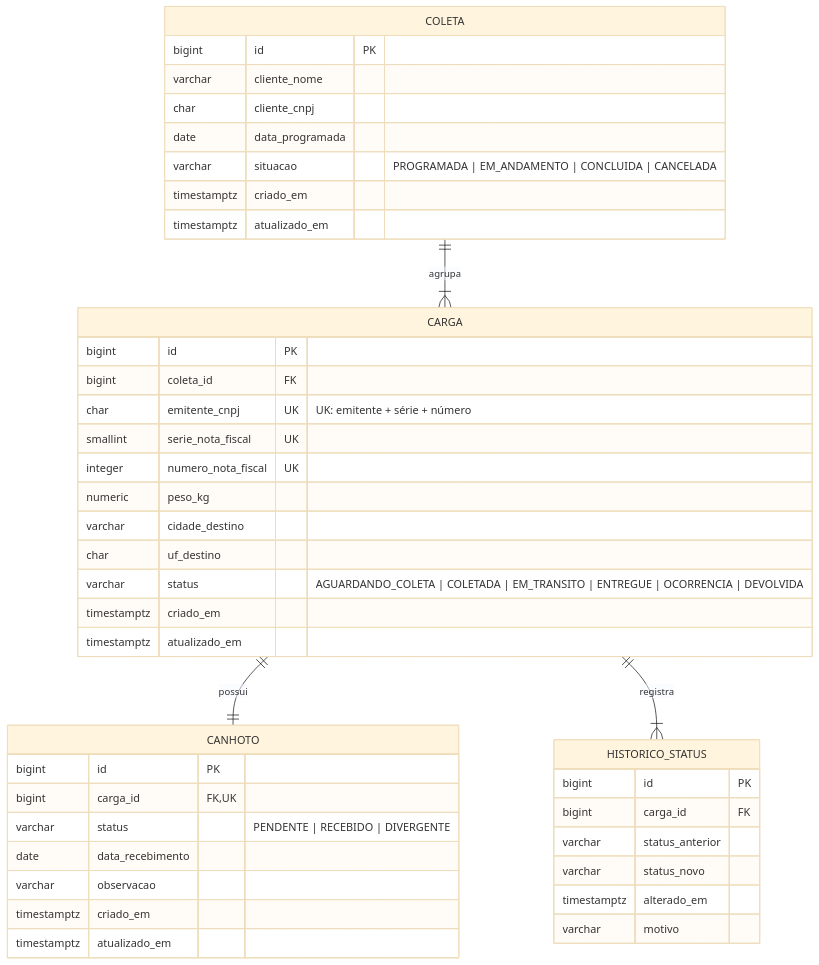
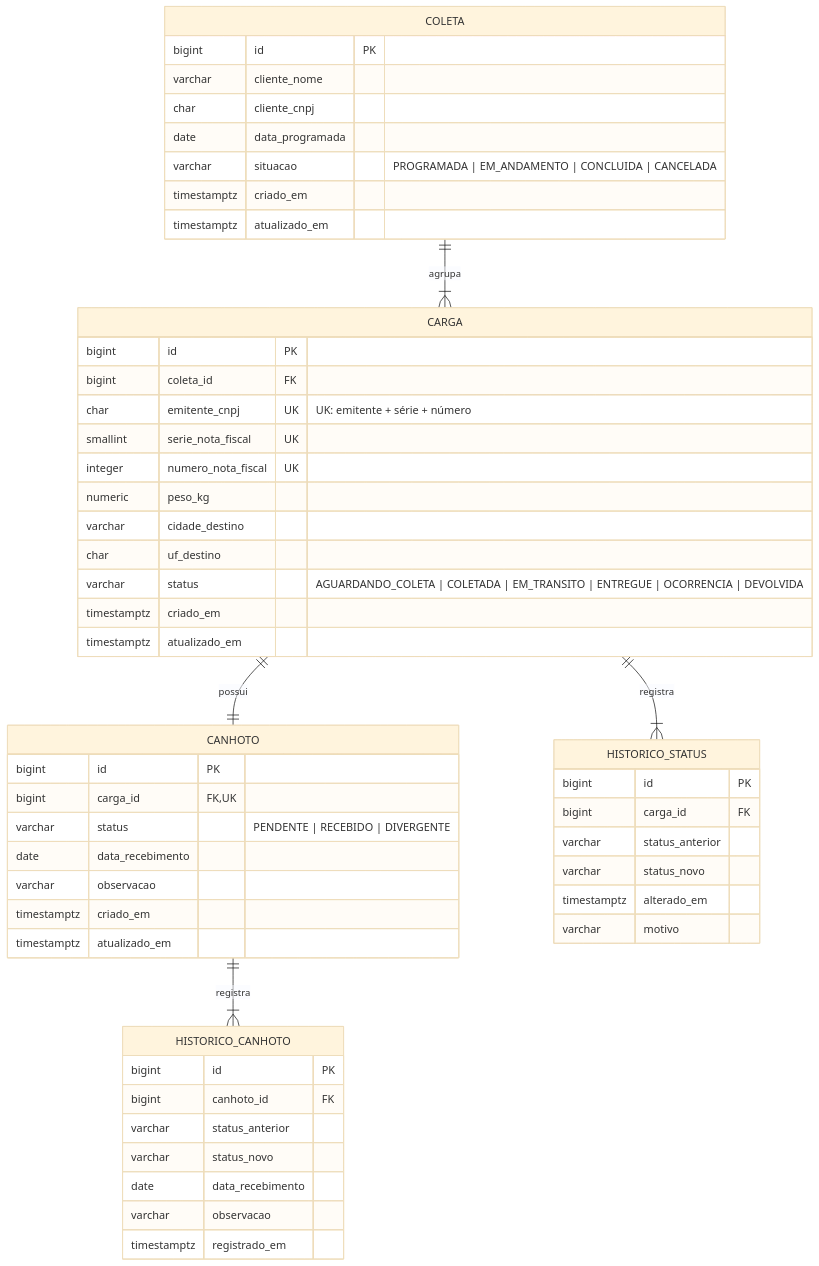
Before and after one commit to Ejurevics/API-Controle_Canhotos: the diagram in README.md, drawn with Mermaid (base theme). The commit also changed other lines of this file and 5 other files, not shown here.

Commit message:
feat(canhoto): registra histórico dos registros

````diff
--- a/README.md
+++ b/README.md
@@ -9,49 +9,60 @@
 ```mermaid
 erDiagram
     COLETA ||--|{ CARGA : agrupa
     CARGA ||--|| CANHOTO : possui
     CARGA ||--|{ HISTORICO_STATUS : registra
+    CANHOTO ||--|{ HISTORICO_CANHOTO : registra
 
     COLETA {
         bigint id PK
         varchar cliente_nome
         char cliente_cnpj
         date data_programada
         varchar situacao "PROGRAMADA | EM_ANDAMENTO | CONCLUIDA | CANCELADA"
         timestamptz criado_em
         timestamptz atualizado_em
     }
 
     CARGA {
         bigint id PK
         bigint coleta_id FK
         char emitente_cnpj UK "UK: emitente + série + número"
         smallint serie_nota_fiscal UK
         integer numero_nota_fiscal UK
         numeric peso_kg
         varchar cidade_destino
         char uf_destino
         varchar status "AGUARDANDO_COLETA | COLETADA | EM_TRANSITO | ENTREGUE | OCORRENCIA | DEVOLVIDA"
         timestamptz criado_em
         timestamptz atualizado_em
     }
 
     CANHOTO {
         bigint id PK
         bigint carga_id FK,UK
         varchar status "PENDENTE | RECEBIDO | DIVERGENTE"
         date data_recebimento
         varchar observacao
         timestamptz criado_em
         timestamptz atualizado_em
     }
 
     HISTORICO_STATUS {
         bigint id PK
         bigint carga_id FK
         varchar status_anterior
         varchar status_novo
         timestamptz alterado_em
         varchar motivo
     }
+
+    HISTORICO_CANHOTO {
+        bigint id PK
+        bigint canhoto_id FK
+        varchar status_anterior
+        varchar status_novo
+        date data_recebimento
+        varchar observacao
+        timestamptz registrado_em
+    }
 ```
````
